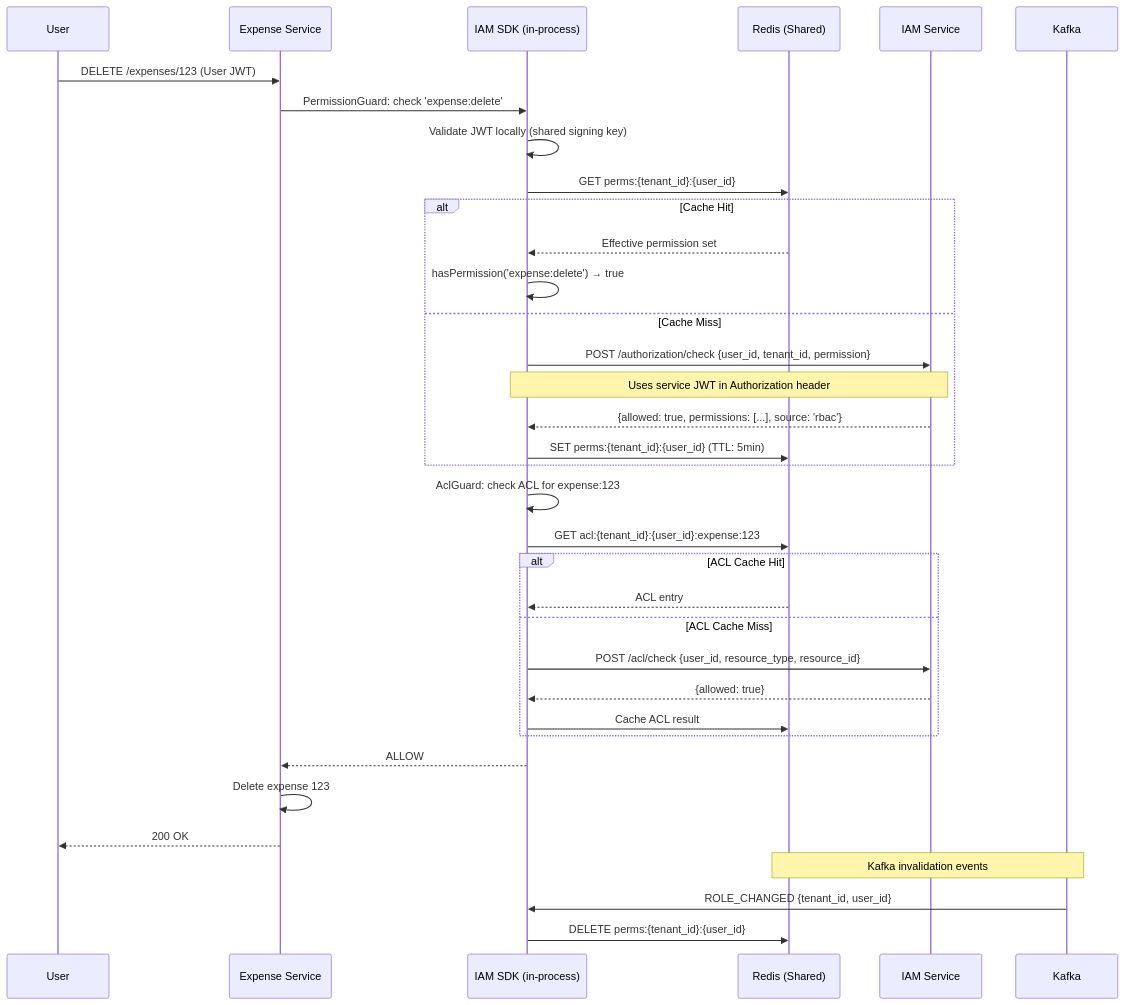
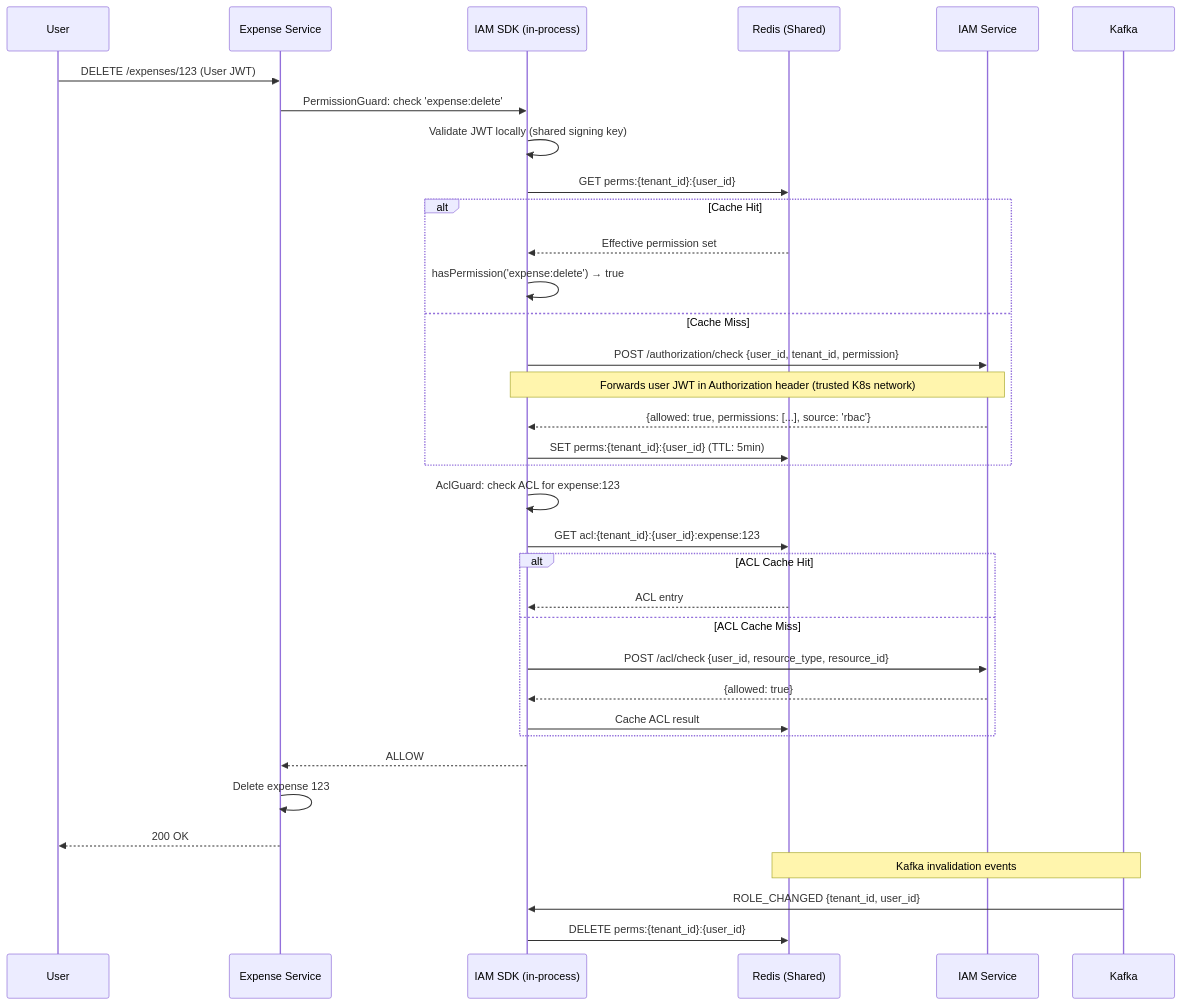
One commit to namansukhwani/Generic-IAM changed the tenth of 17 diagrams in documentation/IAM_DESIGN_DOCUMENT.md. Above: the diagram before and after it, drawn with Mermaid. The commit also changed other lines of this file and 24 other files, not shown here.

Commit message:
feat: initialize NestJS IAM service with project structure and core configurations

````diff
--- a/documentation/IAM_DESIGN_DOCUMENT.md
+++ b/documentation/IAM_DESIGN_DOCUMENT.md
@@ -952,39 +940,39 @@
 ```mermaid
 sequenceDiagram
     participant U as User
     participant EXP as Expense Service
     participant SDK as IAM SDK (in-process)
     participant R as Redis (Shared)
     participant IAM as IAM Service
     participant K as Kafka
 
     U->>EXP: DELETE /expenses/123 (User JWT)
     EXP->>SDK: PermissionGuard: check 'expense:delete'
     SDK->>SDK: Validate JWT locally (shared signing key)
     SDK->>R: GET perms:{tenant_id}:{user_id}
     alt Cache Hit
         R-->>SDK: Effective permission set
         SDK->>SDK: hasPermission('expense:delete') → true
     else Cache Miss
         SDK->>IAM: POST /authorization/check {user_id, tenant_id, permission}
-        Note over SDK,IAM: Uses service JWT in Authorization header
+        Note over SDK,IAM: Forwards user JWT in Authorization header (trusted K8s network)
         IAM-->>SDK: {allowed: true, permissions: [...], source: 'rbac'}
         SDK->>R: SET perms:{tenant_id}:{user_id} (TTL: 5min)
     end
     SDK->>SDK: AclGuard: check ACL for expense:123
     SDK->>R: GET acl:{tenant_id}:{user_id}:expense:123
     alt ACL Cache Hit
         R-->>SDK: ACL entry
     else ACL Cache Miss
         SDK->>IAM: POST /acl/check {user_id, resource_type, resource_id}
         IAM-->>SDK: {allowed: true}
         SDK->>R: Cache ACL result
     end
     SDK-->>EXP: ALLOW
     EXP->>EXP: Delete expense 123
     EXP-->>U: 200 OK
 
     Note over K,R: Kafka invalidation events
     K->>SDK: ROLE_CHANGED {tenant_id, user_id}
     SDK->>R: DELETE perms:{tenant_id}:{user_id}
 ```
````
